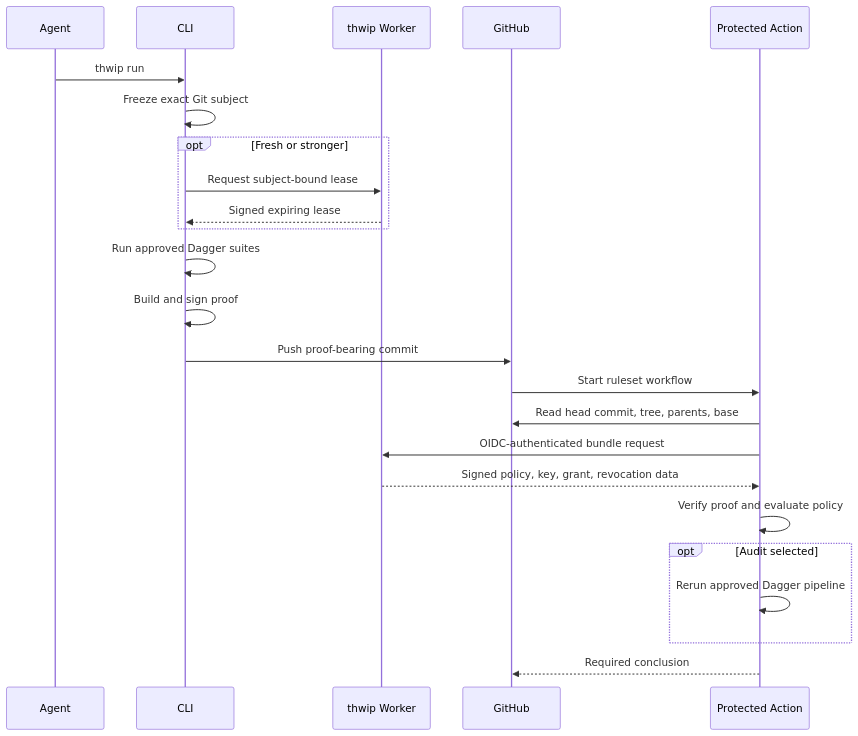
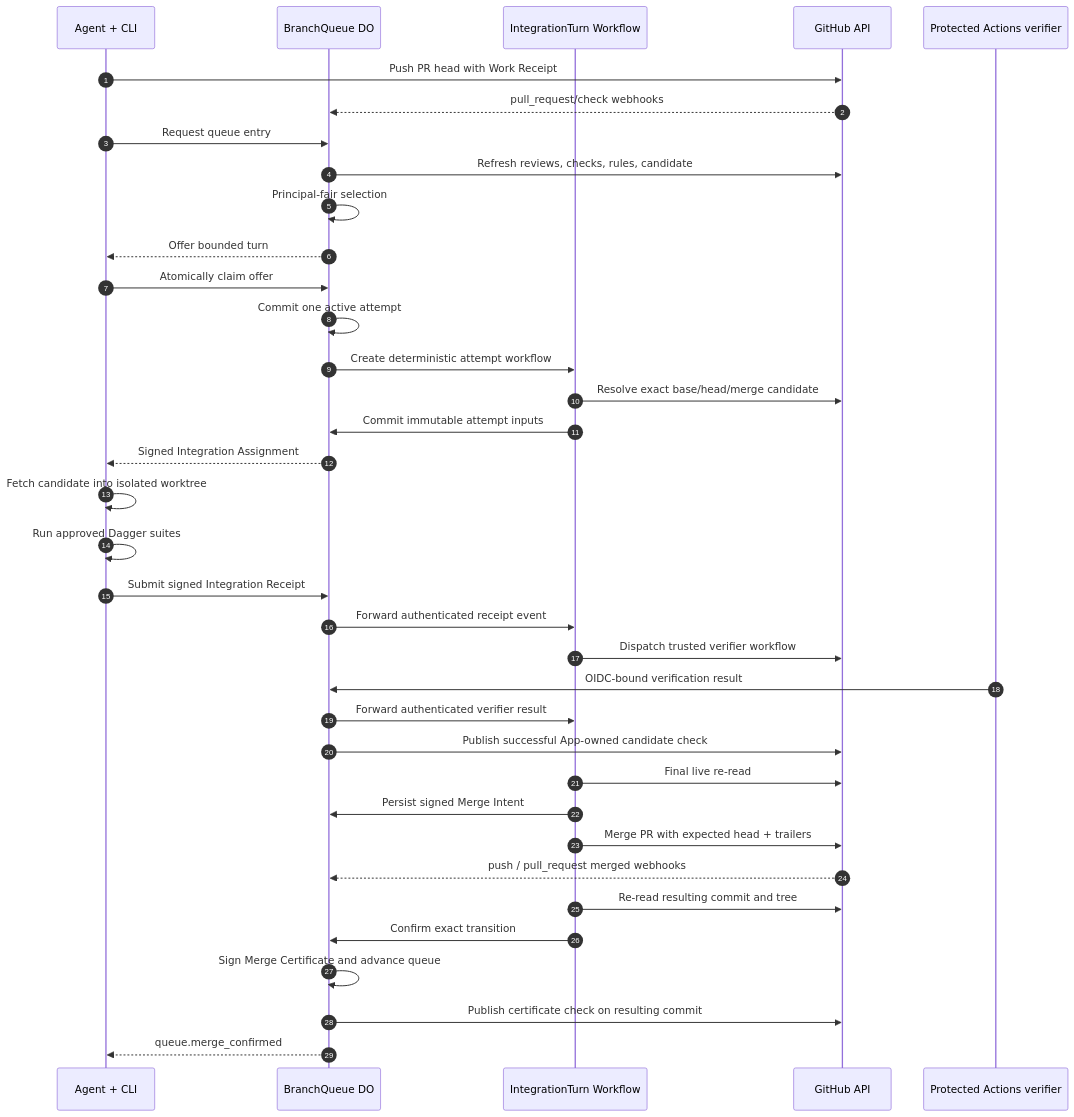
The third of 5 diagrams in plan.md (recallnet/thwip), drawn with Mermaid before and after one commit. The commit also changed other lines of this file and 2 other files, not shown here.

````diff
--- a/plan.md
+++ b/plan.md
@@ -453,27 +904,39 @@
 ```mermaid
 sequenceDiagram
-  participant Agent
-  participant CLI
-  participant Edge as thwip Worker
-  participant GH as GitHub
-  participant Verify as Protected Action
+    autonumber
+    participant A as Agent + CLI
+    participant Q as BranchQueue DO
+    participant W as IntegrationTurn Workflow
+    participant G as GitHub API
+    participant V as Protected Actions verifier
 
-  Agent->>CLI: thwip run
-  CLI->>CLI: Freeze exact Git subject
-  opt Fresh or stronger
-    CLI->>Edge: Request subject-bound lease
-    Edge-->>CLI: Signed expiring lease
-  end
-  CLI->>CLI: Run approved Dagger suites
-  CLI->>CLI: Build and sign proof
-  CLI->>GH: Push proof-bearing commit
-  GH->>Verify: Start ruleset workflow
-  Verify->>GH: Read head commit, tree, parents, base
-  Verify->>Edge: OIDC-authenticated bundle request
-  Edge-->>Verify: Signed policy, key, grant, revocation data
-  Verify->>Verify: Verify proof and evaluate policy
-  opt Audit selected
-    Verify->>Verify: Rerun approved Dagger pipeline
-  end
-  Verify-->>GH: Required conclusion
+    A->>G: Push PR head with Work Receipt
+    G-->>Q: pull_request/check webhooks
+    A->>Q: Request queue entry
+    Q->>G: Refresh reviews, checks, rules, candidate
+    Q->>Q: Principal-fair selection
+    Q-->>A: Offer bounded turn
+    A->>Q: Atomically claim offer
+    Q->>Q: Commit one active attempt
+    Q->>W: Create deterministic attempt workflow
+    W->>G: Resolve exact base/head/merge candidate
+    W->>Q: Commit immutable attempt inputs
+    Q-->>A: Signed Integration Assignment
+    A->>A: Fetch candidate into isolated worktree
+    A->>A: Run approved Dagger suites
+    A->>Q: Submit signed Integration Receipt
+    Q->>W: Forward authenticated receipt event
+    W->>G: Dispatch trusted verifier workflow
+    V->>Q: OIDC-bound verification result
+    Q->>W: Forward authenticated verifier result
+    Q->>G: Publish successful App-owned candidate check
+    W->>G: Final live re-read
+    W->>Q: Persist signed Merge Intent
+    W->>G: Merge PR with expected head + trailers
+    G-->>Q: push / pull_request merged webhooks
+    W->>G: Re-read resulting commit and tree
+    W->>Q: Confirm exact transition
+    Q->>Q: Sign Merge Certificate and advance queue
+    Q->>G: Publish certificate check on resulting commit
+    Q-->>A: queue.merge_confirmed
 ```
````
